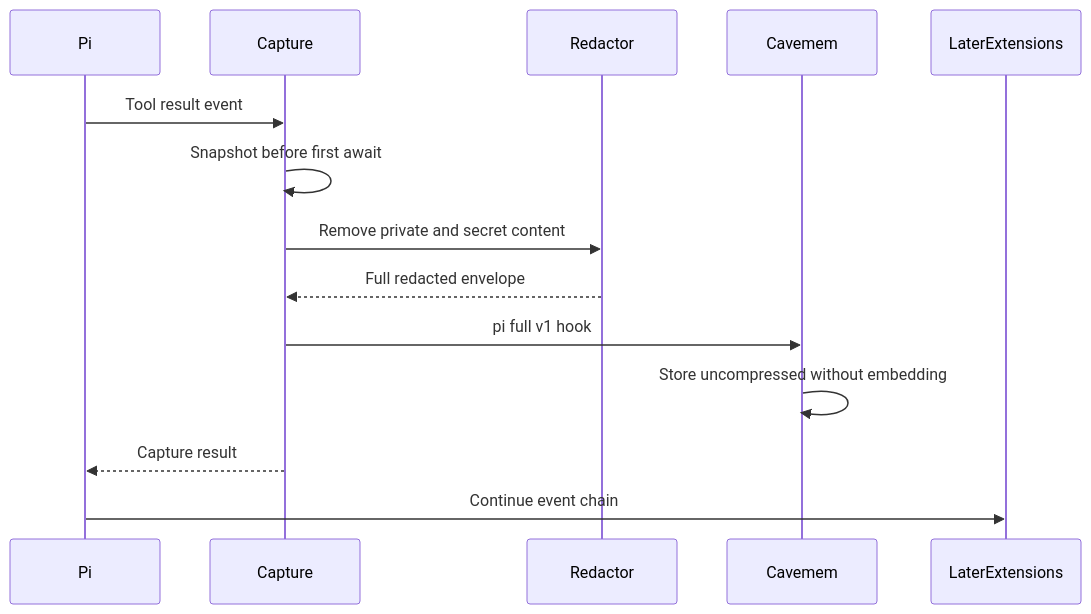
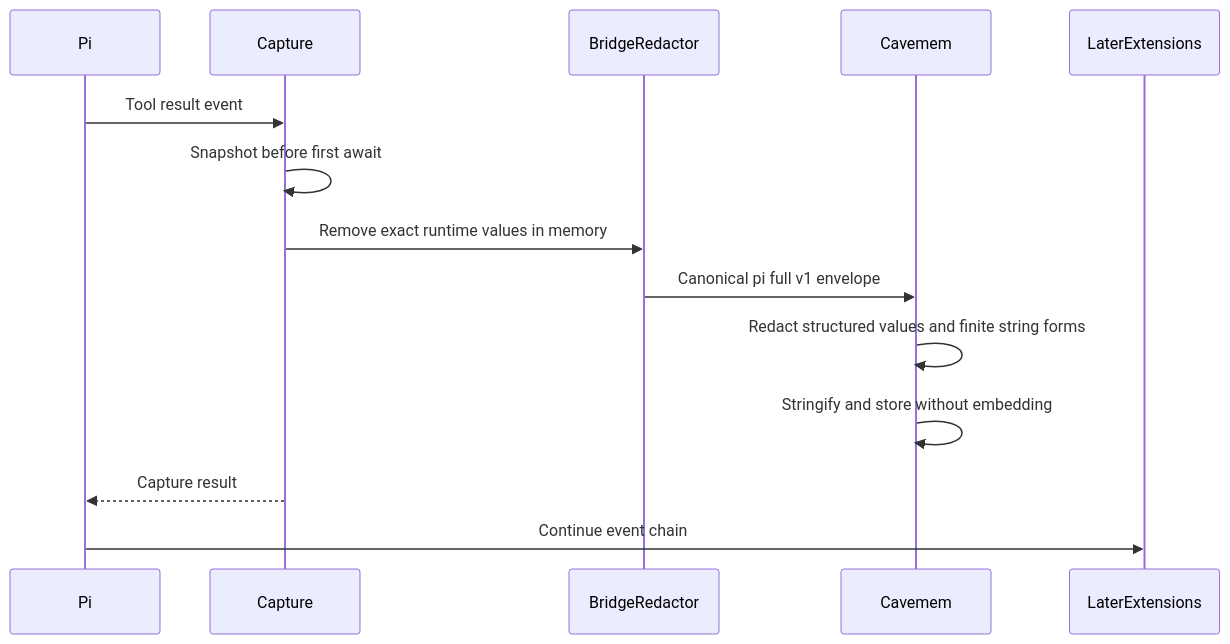
Before and after one commit to DWSR/nix-config: the third of 3 diagrams in .kiro/specs/pi-agent-integration/design.md, drawn with Mermaid. The commit also changed other lines of this file and 3 other files, not shown here.

````diff
--- a/.kiro/specs/pi-agent-integration/design.md
+++ b/.kiro/specs/pi-agent-integration/design.md
@@ -238,17 +265,17 @@
 ```mermaid
 sequenceDiagram
     participant Pi
     participant Capture
-    participant Redactor
+    participant BridgeRedactor
     participant Cavemem
     participant LaterExtensions
 
     Pi->>Capture: Tool result event
     Capture->>Capture: Snapshot before first await
-    Capture->>Redactor: Remove private and secret content
-    Redactor-->>Capture: Full redacted envelope
-    Capture->>Cavemem: pi full v1 hook
-    Cavemem->>Cavemem: Store uncompressed without embedding
+    Capture->>BridgeRedactor: Remove exact runtime values in memory
+    BridgeRedactor->>Cavemem: Canonical pi full v1 envelope
+    Cavemem->>Cavemem: Redact structured values and finite string forms
+    Cavemem->>Cavemem: Stringify and store without embedding
     Capture-->>Pi: Capture result
     Pi->>LaterExtensions: Continue event chain
 ```
````
